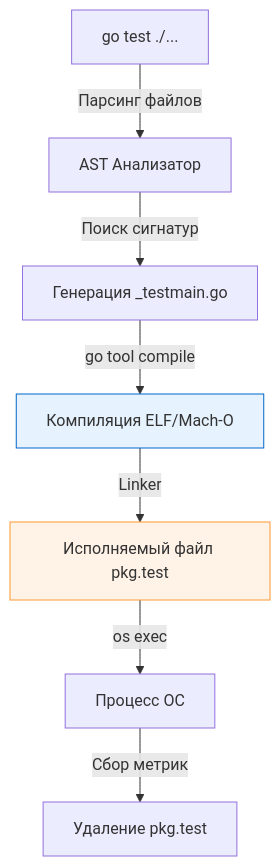
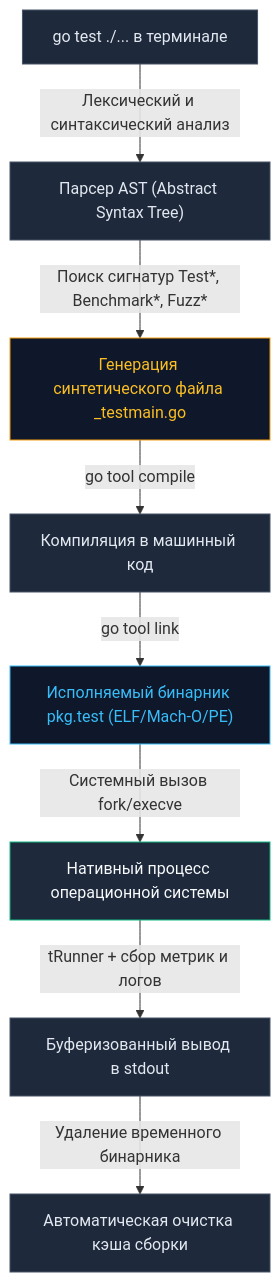
The first of 2 diagrams in sources/15. Тестирование в Go (QA & Testing)/02. testing пакет/3. go test под капотом.md (UnrealTemplier/go-textbook), drawn with Mermaid before and after one commit. The commit also changed other lines of this file, not shown here.

Commit message:
feat(module-15): editorial rewrite of lecture 3 (go test под капотом) in Subsection 2 in Kernighan style

````diff
--- a/sources/15. Тестирование в Go (QA & Testing)/02. testing пакет/3. go test под капотом.md
+++ b/sources/15. Тестирование в Go (QA & Testing)/02. testing пакет/3. go test под капотом.md
@@ -12,12 +13,20 @@
 ```mermaid
 flowchart TD
-    CLI["go test ./..."] -->|"Парсинг файлов"| AST["AST Анализатор"]
-    AST -->|"Поиск сигнатур"| Gen["Генерация _testmain.go"]
-    Gen -->|"go tool compile"| Build["Компиляция ELF/Mach-O"]
-    Build -->|"Linker"| Bin["Исполняемый файл pkg.test"]
-    Bin -->|"os exec"| Run["Процесс ОС"]
-    Run -->|"Сбор метрик"| Cleanup["Удаление pkg.test"]
-    
-    style Build fill:#e6f3ff,stroke:#0066cc
-    style Bin fill:#fff2e6,stroke:#ff9933
+    CLI["go test ./... в терминале"] -->|"Лексический и синтаксический анализ"| AST["Парсер AST (Abstract Syntax Tree)"]
+    AST -->|"Поиск сигнатур Test*, Benchmark*, Fuzz*"| Gen["Генерация синтетического файла _testmain.go"]
+    Gen -->|"go tool compile"| Build["Компиляция в машинный код"]
+    Build -->|"go tool link"| Bin["Исполняемый бинарник pkg.test (ELF/Mach-O/PE)"]
+    Bin -->|"Системный вызов fork/execve"| Run["Нативный процесс операционной системы"]
+    Run -->|"tRunner + сбор метрик и логов"| Output["Буферизованный вывод в stdout"]
+    Output -->|"Удаление временного бинарника"| Cleanup["Автоматическая очистка кэша сборки"]
+
+    classDef cli fill:#1e293b,stroke:#475569,stroke-width:1px,color:#e2e8f0;
+    classDef gen fill:#0f172a,stroke:#f59e0b,stroke-width:1px,color:#fbbf24;
+    classDef bin fill:#0f172a,stroke:#38bdf8,stroke-width:1px,color:#38bdf8;
+    classDef run fill:#1e293b,stroke:#10b981,stroke-width:1px,color:#f8fafc;
+
+    class CLI,AST,Build,Output,Cleanup cli;
+    class Gen gen;
+    class Bin bin;
+    class Run run;
 ```
````
